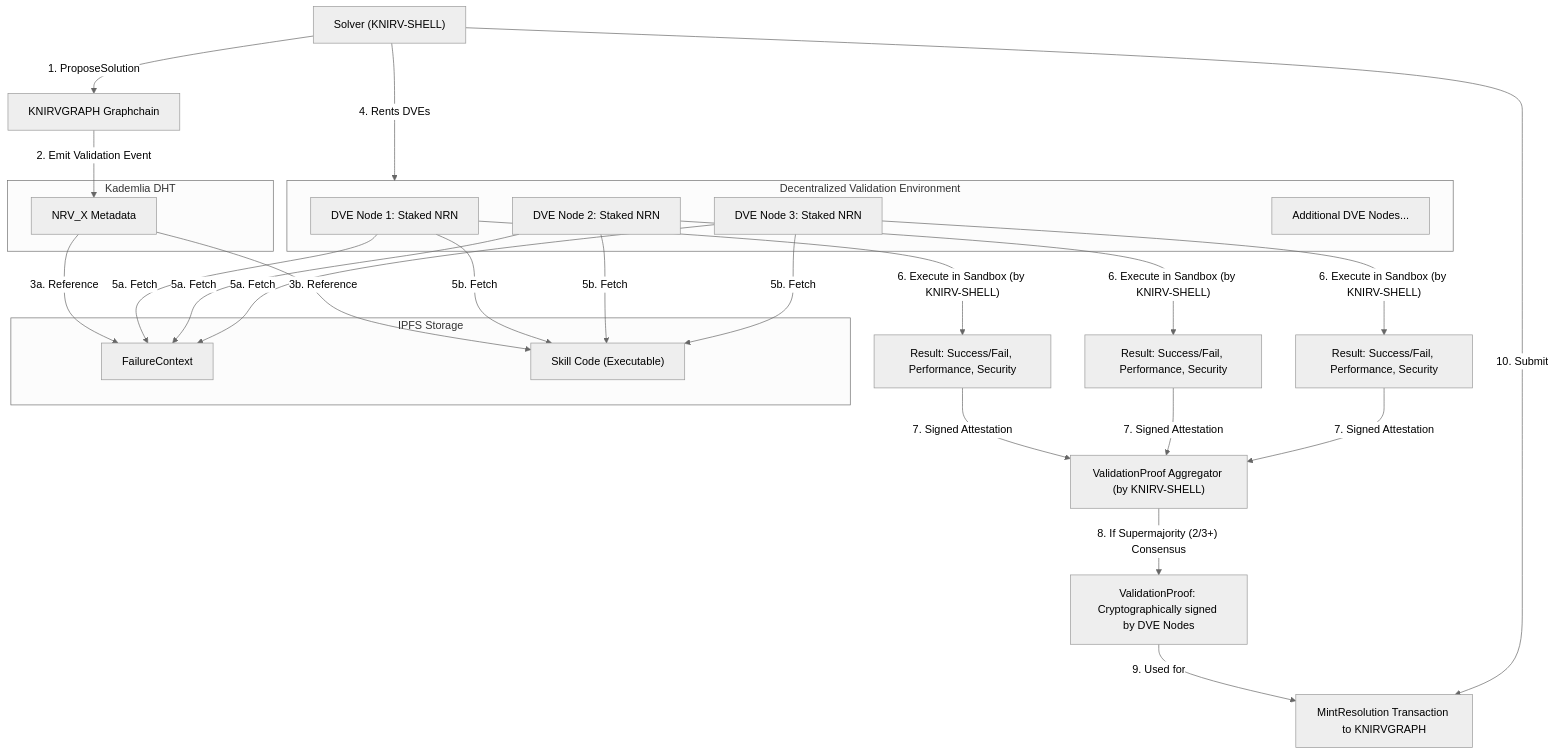
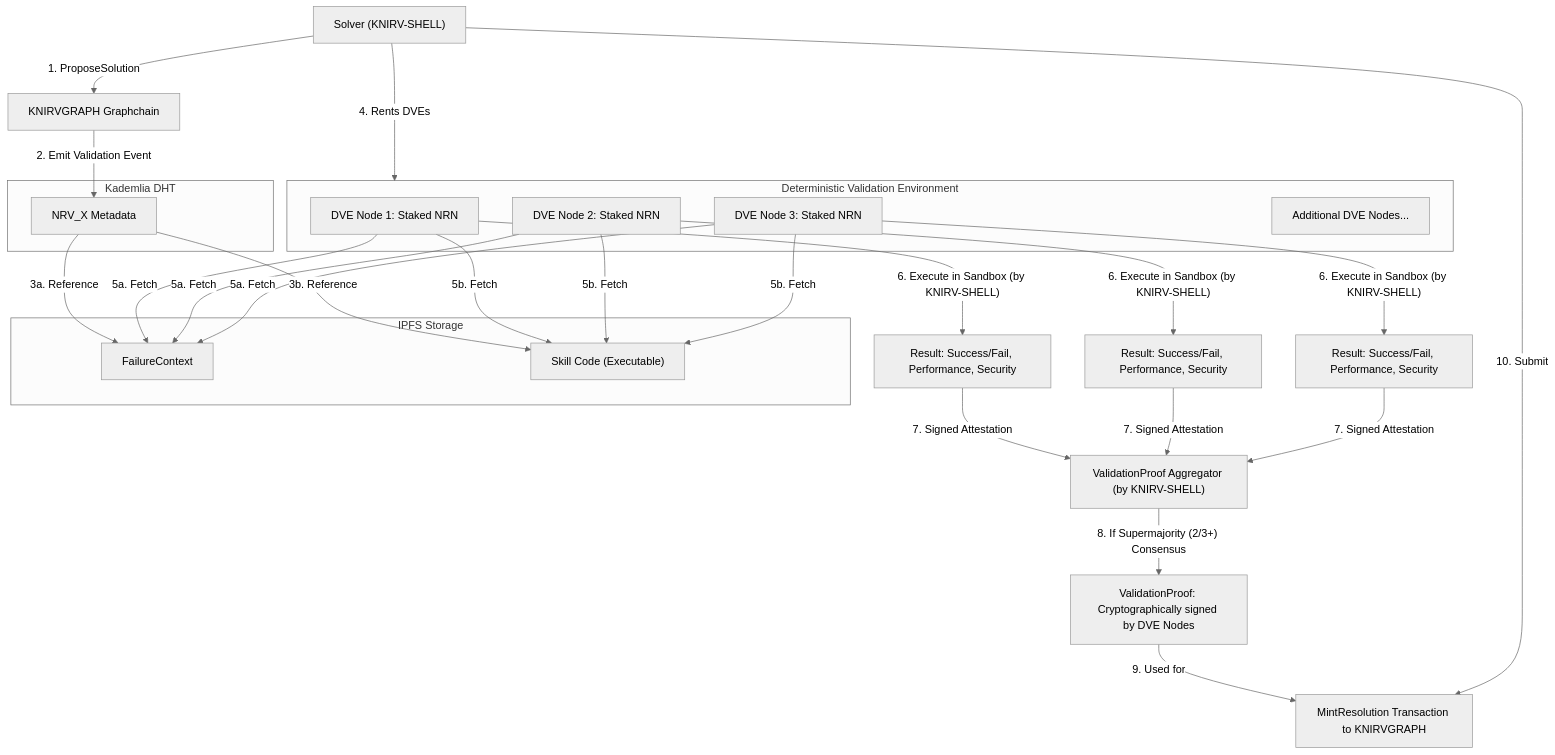
Before and after one commit to guiperry/KNIRV_NETWORK: the fourth of 9 diagrams in KNIRVHUB/network-website/documentation/docsify/whitepapers/KNIRV-GRAPH_Whitepaper.md, drawn with Mermaid (neutral theme). The commit also changed other lines of this file and 324 other files, not shown here.

````diff
--- a/KNIRVHUB/network-website/documentation/docsify/whitepapers/KNIRV-GRAPH_Whitepaper.md
+++ b/KNIRVHUB/network-website/documentation/docsify/whitepapers/KNIRV-GRAPH_Whitepaper.md
@@ -244,45 +244,45 @@
 ```mermaid
 graph TD
     subgraph DHT[Kademlia DHT]
         NRV[NRV_X Metadata]
     end
     
     subgraph IPFS[IPFS Storage]
         FC[FailureContext]
         SC["Skill Code (Executable)"]
     end
     
-    subgraph DVE_NETWORK[Decentralized Validation Environment]
+    subgraph DVE_NETWORK[Deterministic Validation Environment]
         DVE1[DVE Node 1: Staked NRN]
         DVE2[DVE Node 2: Staked NRN]
         DVE3[DVE Node 3: Staked NRN]
         DVEX[Additional DVE Nodes...]
     end
 
     Solver["Solver (KNIRV-SHELL)"] -- 1. ProposeSolution --> KGBC[KNIRVGRAPH Graphchain]
     KGBC -- 2. Emit Validation Event --> NRV
     
     NRV -- 3a. Reference --> FC
     NRV -- 3b. Reference --> SC
     
     Solver -- 4. Rents DVEs --> DVE_NETWORK
     DVE1 -- 5a. Fetch --> FC
     DVE1 -- 5b. Fetch --> SC
     DVE2 -- 5a. Fetch --> FC
     DVE2 -- 5b. Fetch --> SC
     DVE3 -- 5a. Fetch --> FC
     DVE3 -- 5b. Fetch --> SC
     
     DVE1 -- 6. Execute in Sandbox (by KNIRV-SHELL) --> DVE1_Result[Result: Success/Fail, Performance, Security]
     DVE2 -- 6. Execute in Sandbox (by KNIRV-SHELL) --> DVE2_Result[Result: Success/Fail, Performance, Security]
     DVE3 -- 6. Execute in Sandbox (by KNIRV-SHELL) --> DVE3_Result[Result: Success/Fail, Performance, Security]
 
     DVE1_Result -- 7. Signed Attestation --> Aggregator["ValidationProof Aggregator (by KNIRV-SHELL)"]
     DVE2_Result -- 7. Signed Attestation --> Aggregator
     DVE3_Result -- 7. Signed Attestation --> Aggregator
 
     Aggregator -- 8. If Supermajority (2/3+) Consensus --> ValidationProof[ValidationProof: Cryptographically signed by DVE Nodes]
     
     ValidationProof -- 9. Used for --> MintResolution[MintResolution Transaction to KNIRVGRAPH]
     Solver -- 10. Submit --> MintResolution
 ```
````
